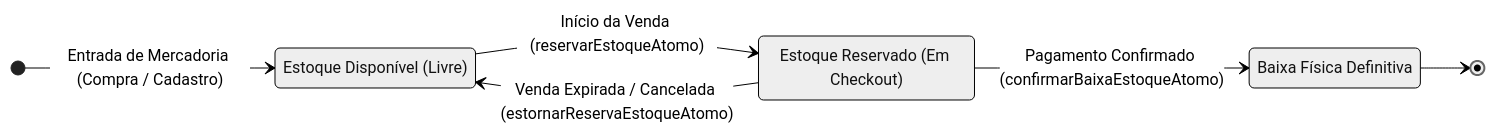
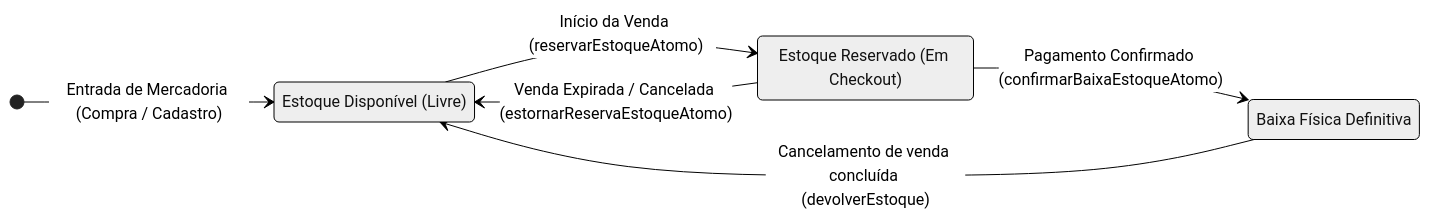
The first of 4 diagrams in docs/domains/inventory.md (iXDGabrielTK/petshop-microservices), drawn with Mermaid (neutral theme) before and after one commit. The commit also changed other lines of this file and 2 other files, not shown here.

````diff
--- a/docs/domains/inventory.md
+++ b/docs/domains/inventory.md
@@ -27,13 +27,13 @@
 ```mermaid
 stateDiagram-v2
     direction LR
     state "Estoque Disponível (Livre)" as Livre
     state "Estoque Reservado (Em Checkout)" as Reservado
     state "Baixa Física Definitiva" as Vendido
 
     [*] --> Livre: Entrada de Mercadoria (Compra / Cadastro)
     Livre --> Reservado: Início da Venda (reservarEstoqueAtomo)
     Reservado --> Vendido: Pagamento Confirmado (confirmarBaixaEstoqueAtomo)
     Reservado --> Livre: Venda Expirada / Cancelada (estornarReservaEstoqueAtomo)
-    Vendido --> [*]
+    Vendido --> Livre: Cancelamento de venda concluída (devolverEstoque)
 ```
````
